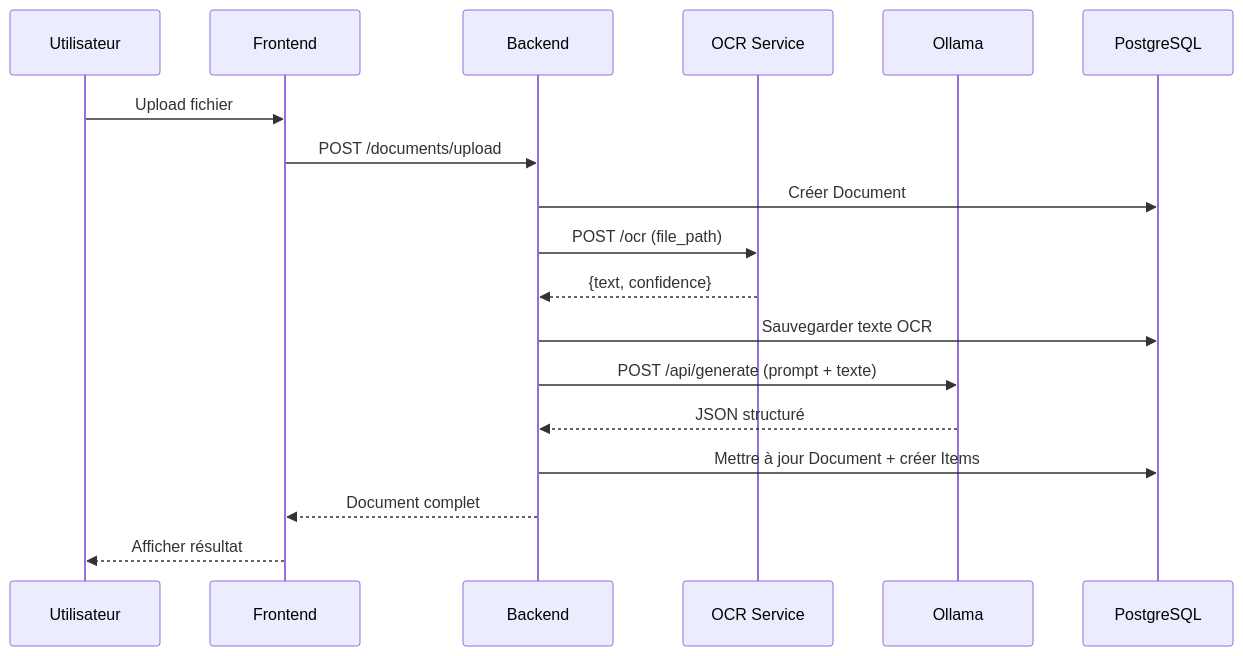
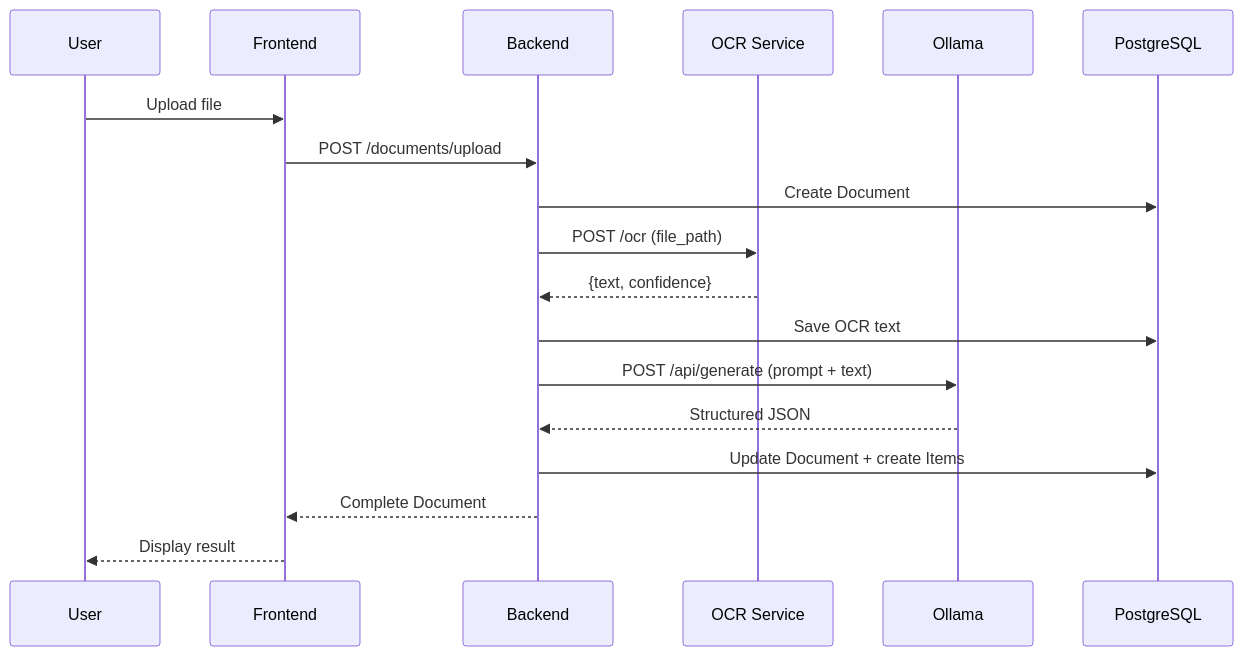
One commit to R0b-1ns/Kash changed the first of 2 diagrams in docs_src/architecture/overview.md. Above: the diagram before and after it, drawn with Mermaid. The commit also changed other lines of this file and 35 other files, not shown here.

````diff
--- a/docs_src/architecture/overview.md
+++ b/docs_src/architecture/overview.md
@@ -105,21 +105,21 @@
 ```mermaid
 sequenceDiagram
-    participant U as Utilisateur
+    participant U as User
     participant F as Frontend
     participant B as Backend
     participant OCR as OCR Service
     participant AI as Ollama
     participant D as PostgreSQL
 
-    U->>F: Upload fichier
+    U->>F: Upload file
     F->>B: POST /documents/upload
-    B->>D: Créer Document
+    B->>D: Create Document
     B->>OCR: POST /ocr (file_path)
     OCR-->>B: {text, confidence}
-    B->>D: Sauvegarder texte OCR
-    B->>AI: POST /api/generate (prompt + texte)
-    AI-->>B: JSON structuré
-    B->>D: Mettre à jour Document + créer Items
-    B-->>F: Document complet
-    F-->>U: Afficher résultat
+    B->>D: Save OCR text
+    B->>AI: POST /api/generate (prompt + text)
+    AI-->>B: Structured JSON
+    B->>D: Update Document + create Items
+    B-->>F: Complete Document
+    F-->>U: Display result
 ```
````
